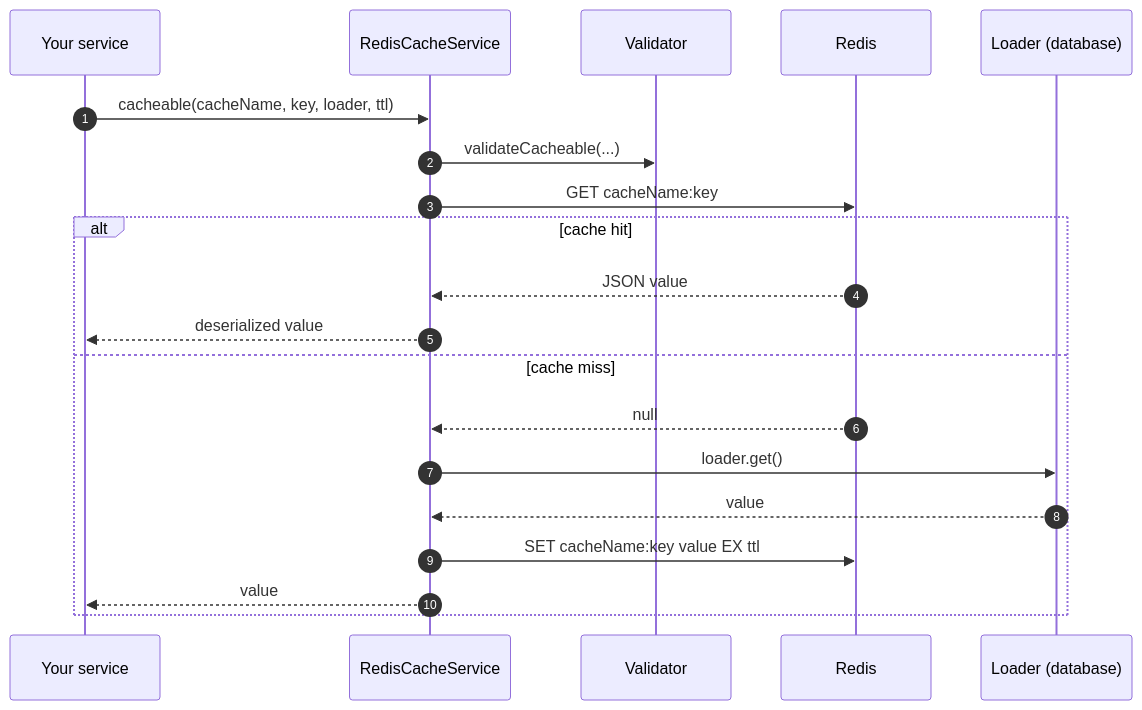
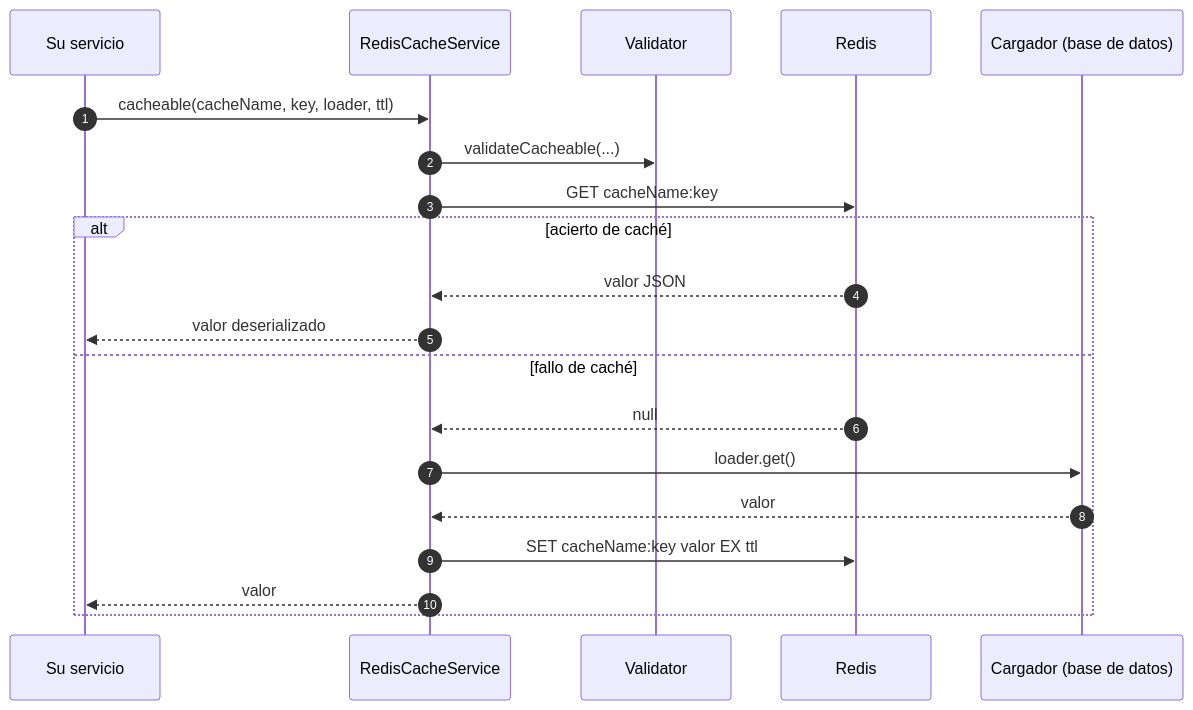
Before and after one commit to programming0026/sbj-util-redis-annotation: the sixth of 9 diagrams in sbj-util-redis-lib/README.md, drawn with Mermaid. The commit also changed other lines of this file and 64 other files, not shown here.

````diff
--- a/sbj-util-redis-lib/README.md
+++ b/sbj-util-redis-lib/README.md
@@ -1175,23 +1175,23 @@
 ```mermaid
 sequenceDiagram
     autonumber
-    participant Svc as Your service
+    participant Svc as Su servicio
     participant Rcs as RedisCacheService
     participant Val as Validator
     participant Red as Redis
-    participant Ldr as Loader (database)
+    participant Ldr as Cargador (base de datos)
 
     Svc->>Rcs: cacheable(cacheName, key, loader, ttl)
     Rcs->>Val: validateCacheable(...)
     Rcs->>Red: GET cacheName:key
-    alt cache hit
-        Red-->>Rcs: JSON value
-        Rcs-->>Svc: deserialized value
-    else cache miss
+    alt acierto de caché
+        Red-->>Rcs: valor JSON
+        Rcs-->>Svc: valor deserializado
+    else fallo de caché
         Red-->>Rcs: null
         Rcs->>Ldr: loader.get()
-        Ldr-->>Rcs: value
-        Rcs->>Red: SET cacheName:key value EX ttl
-        Rcs-->>Svc: value
+        Ldr-->>Rcs: valor
+        Rcs->>Red: SET cacheName:key valor EX ttl
+        Rcs-->>Svc: valor
     end
 ```
````
